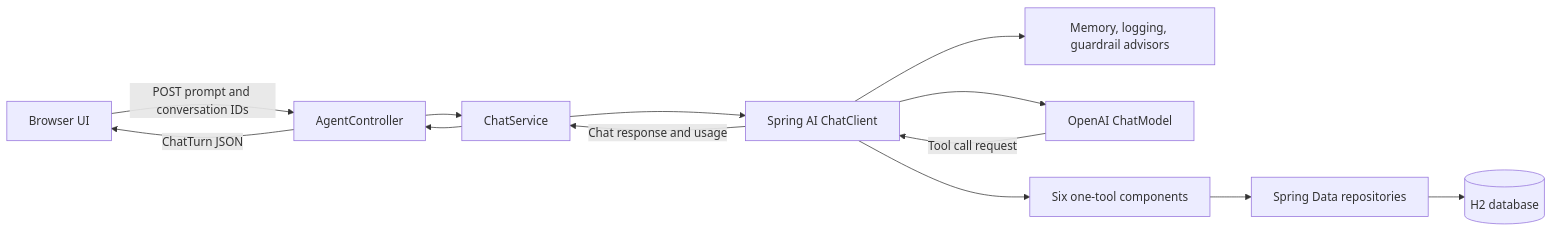
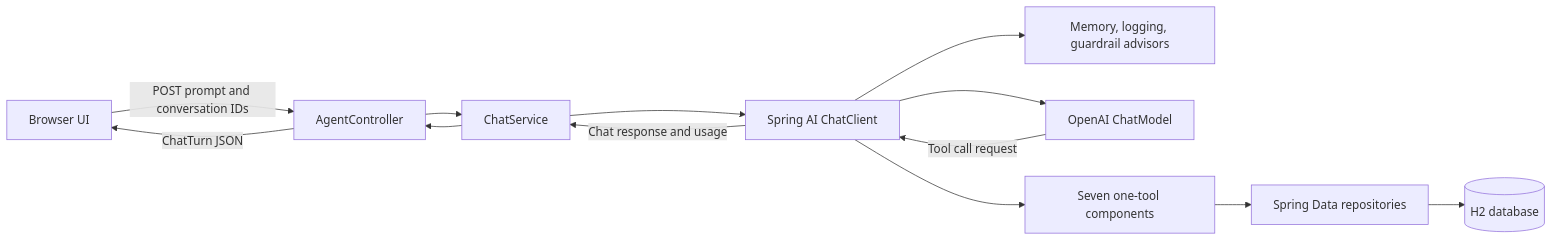
Before and after one commit to wagner-wutzke/expenses-agent: the diagram in README.md, drawn with Mermaid. The commit also changed other lines of this file and 5 other files, not shown here.

````diff
--- a/README.md
+++ b/README.md
@@ -19,15 +21,15 @@
 ```mermaid
 flowchart LR
     Browser[Browser UI] -->|POST prompt and conversation IDs| Controller[AgentController]
     Controller --> Service[ChatService]
     Service --> Client[Spring AI ChatClient]
     Client --> Advisors[Memory, logging, guardrail advisors]
     Client --> Model[OpenAI ChatModel]
     Model -->|Tool call request| Client
-    Client --> Tools[Six one-tool components]
+    Client --> Tools[Seven one-tool components]
     Tools --> Repositories[Spring Data repositories]
     Repositories --> Database[(H2 database)]
     Client -->|Chat response and usage| Service
     Service --> Controller
     Controller -->|ChatTurn JSON| Browser
 ```
````
